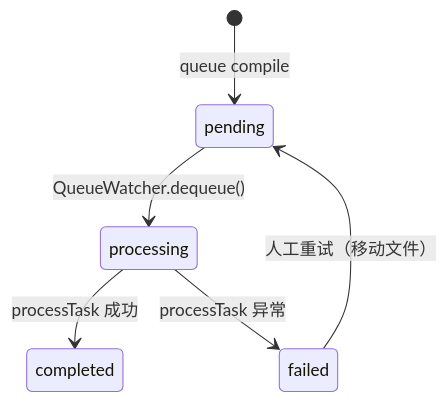
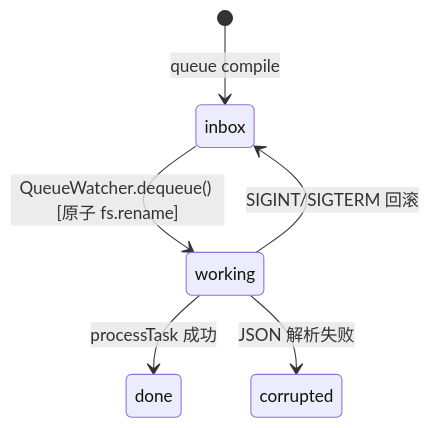
One commit to mr7thing/openspec-video changed the diagram in docs/cn/07-API-REFERENCE.md. Above: the diagram before and after it, drawn with Mermaid. The commit also changed other lines of this file and 55 other files, not shown here.

````diff
--- a/docs/cn/07-API-REFERENCE.md
+++ b/docs/cn/07-API-REFERENCE.md
@@ -153,8 +161,8 @@
 ```mermaid
 stateDiagram-v2
-    [*] --> pending: queue compile
-    pending --> processing: QueueWatcher.dequeue()
-    processing --> completed: processTask 成功
-    processing --> failed: processTask 异常
-    failed --> pending: 人工重试（移动文件）
+    [*] --> inbox: queue compile
+    inbox --> working: QueueWatcher.dequeue() [原子 fs.rename]
+    working --> done: processTask 成功
+    working --> inbox: SIGINT/SIGTERM 回滚
+    working --> corrupted: JSON 解析失败
 ```
````
